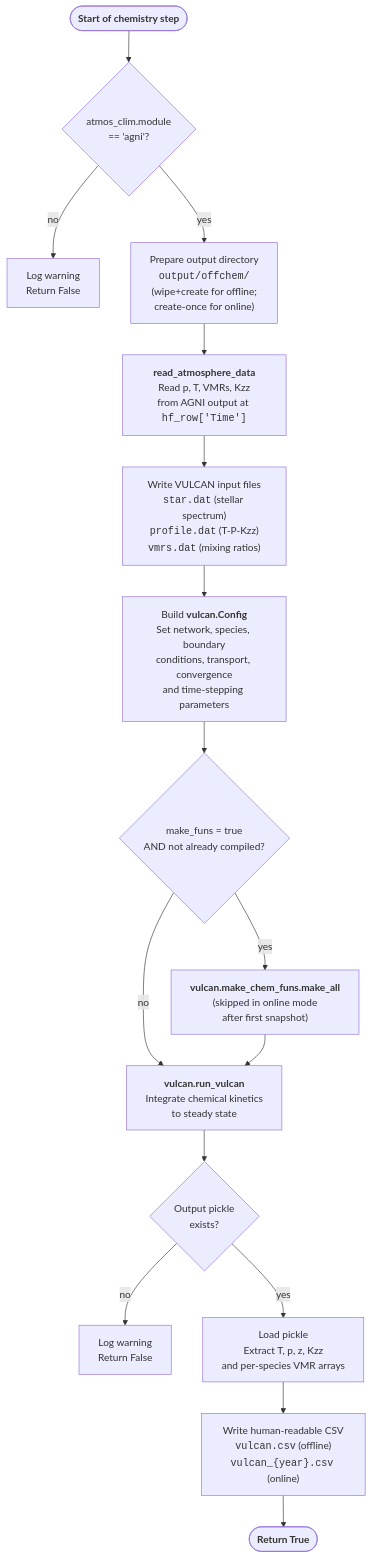
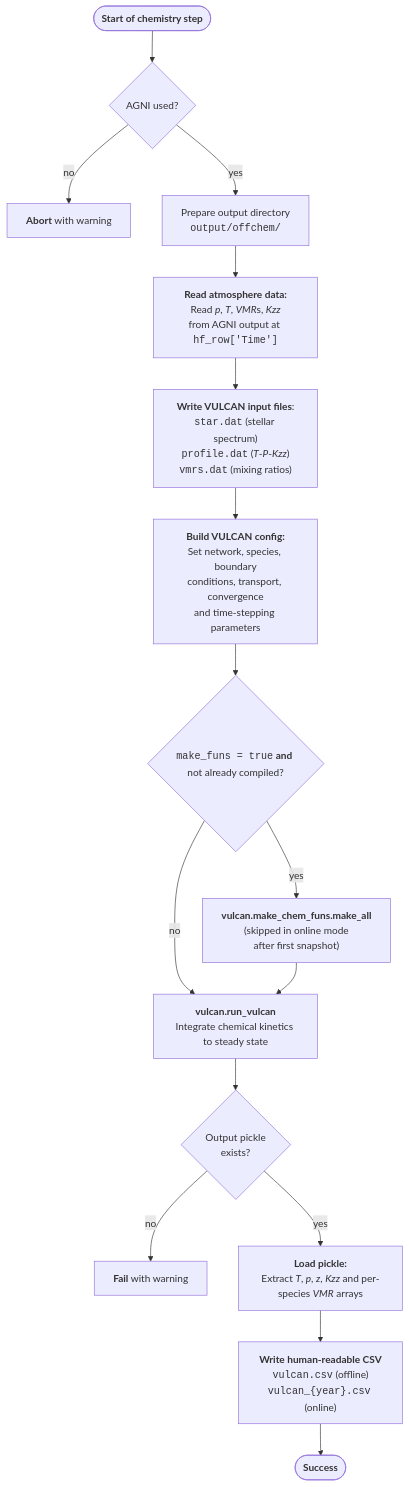
Before and after one commit to FormingWorlds/VULCAN: the diagram in docs/Explanations/proteus_coupling.md, drawn with Mermaid. The commit also changed other lines of this file, not shown here.

````diff
--- a/docs/Explanations/proteus_coupling.md
+++ b/docs/Explanations/proteus_coupling.md
@@ -10,45 +42,46 @@
 ```mermaid
 flowchart TD
     Start([<b>Start of chemistry step</b>])
 
-    Guard1{"atmos_clim.module\n== 'agni'?"}
-    Abort1["Log warning\nReturn False"]
+    Guard1{"AGNI used?"}
+    Abort1["<b>Abort</b> with warning"]
 
-    PrepDir["Prepare output directory\n<code>output/offchem/</code>\n(wipe+create for offline;\ncreate-once for online)"]
+    PrepDir["Prepare output directory\n<code>output/offchem/</code>"]
 
-    ReadAtmos["<b>read_atmosphere_data</b>\nRead p, T, VMRs, Kzz\nfrom AGNI output at <code>hf_row['Time']</code>"]
+    ReadAtmos["<b>Read atmosphere data:</b>\nRead <em>p</em>, <em>T</em>, <em>VMR</em>s, <em>Kzz</em>\nfrom AGNI output at <code>hf_row['Time']</code>"]
 
-    WriteInputs["Write VULCAN input files\n<code>star.dat</code> (stellar spectrum)\n<code>profile.dat</code> (T-P-Kzz)\n<code>vmrs.dat</code> (mixing ratios)"]
+    WriteInputs["<b>Write VULCAN input files</b>:\n<code>star.dat</code> (stellar spectrum)\n<code>profile.dat</code> (<em>T</em>-<em>P</em>-<em>Kzz</em>)\n<code>vmrs.dat</code> (mixing ratios)"]
 
-    BuildConfig["Build <b>vulcan.Config</b>\nSet network, species, boundary\nconditions, transport, convergence\nand time-stepping parameters"]
+    BuildConfig["<b>Build VULCAN config:</b>\nSet network, species, boundary\nconditions, transport, convergence\nand time-stepping parameters"]
 
-    MakeFuns{"make_funs = true\nAND not already compiled?"}
+    MakeFuns{"<code>make_funs = true</code> <b>and</b> not already compiled?"}
     Compile["<b>vulcan.make_chem_funs.make_all</b>\n(skipped in online mode\nafter first snapshot)"]
 
-    RunVULCAN["<b>vulcan.run_vulcan</b>\nIntegrate chemical kinetics\nto steady state"]
+    RunVULCAN["<b>vulcan.run_vulcan</b>\nIntegrate chemical kinetics to steady state"]
 
     CheckOutput{"Output pickle\nexists?"}
-    Fail["Log warning\nReturn False"]
+    Fail["<b>Fail</b> with warning"]
 
-    ParseOutput["Load pickle\nExtract T, p, z, Kzz\nand per-species VMR arrays"]
+    ParseOutput["<b>Load pickle:</b>\nExtract <em>T</em>, <em>p</em>, <em>z</em>, <em>Kzz</em> and per-species <em>VMR</em> arrays"]
 
-    WriteCSV["Write human-readable CSV\n<code>vulcan.csv</code> (offline)\n<code>vulcan_{year}.csv</code> (online)"]
+    WriteCSV["<b>Write human-readable CSV</b>\n<code>vulcan.csv</code> (offline)\n<code>vulcan_{year}.csv</code> (online)"]
 
-    Done([<b>Return True</b>])
+    Done([<b>Success</b>])
 
     Start --> Guard1
     Guard1 -->|no| Abort1
     Guard1 -->|yes| PrepDir
     PrepDir --> ReadAtmos
     ReadAtmos --> WriteInputs
     WriteInputs --> BuildConfig
     BuildConfig --> MakeFuns
     MakeFuns -->|yes| Compile
     MakeFuns -->|no| RunVULCAN
     Compile --> RunVULCAN
     RunVULCAN --> CheckOutput
     CheckOutput -->|no| Fail
     CheckOutput -->|yes| ParseOutput
     ParseOutput --> WriteCSV
     WriteCSV --> Done
+
 ```
````
